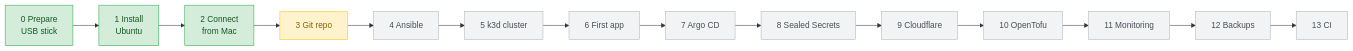
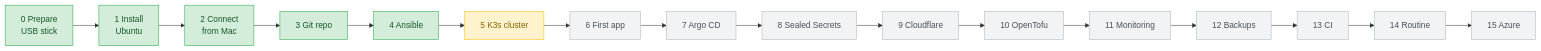
The second of 2 diagrams in README.md (alanhabib/homelab), drawn with Mermaid before and after one commit. The commit also changed other lines of this file and 10 other files, not shown here.

````diff
--- a/README.md
+++ b/README.md
@@ -55,24 +55,26 @@
 ```mermaid
 flowchart LR
     p0["0 Prepare<br/>USB stick"]:::done
     p1["1 Install<br/>Ubuntu"]:::done
     p2["2 Connect<br/>from Mac"]:::done
-    p3["3 Git repo"]:::now
-    p4["4 Ansible"]:::todo
-    p5["5 k3d cluster"]:::todo
+    p3["3 Git repo"]:::done
+    p4["4 Ansible"]:::done
+    p5["5 K3s cluster"]:::now
     p6["6 First app"]:::todo
     p7["7 Argo CD"]:::todo
     p8["8 Sealed Secrets"]:::todo
     p9["9 Cloudflare"]:::todo
     p10["10 OpenTofu"]:::todo
     p11["11 Monitoring"]:::todo
     p12["12 Backups"]:::todo
     p13["13 CI"]:::todo
+    p14["14 Routine"]:::todo
+    p15["15 Azure"]:::todo
 
     p0 --> p1 --> p2 --> p3 --> p4 --> p5 --> p6 --> p7
-    p7 --> p8 --> p9 --> p10 --> p11 --> p12 --> p13
+    p7 --> p8 --> p9 --> p10 --> p11 --> p12 --> p13 --> p14 --> p15
 
     classDef done fill:#d4edda,stroke:#28a745,color:#155724
     classDef now fill:#fff3cd,stroke:#ffc107,color:#856404
     classDef todo fill:#f1f3f5,stroke:#adb5bd,color:#495057
 ```
````
